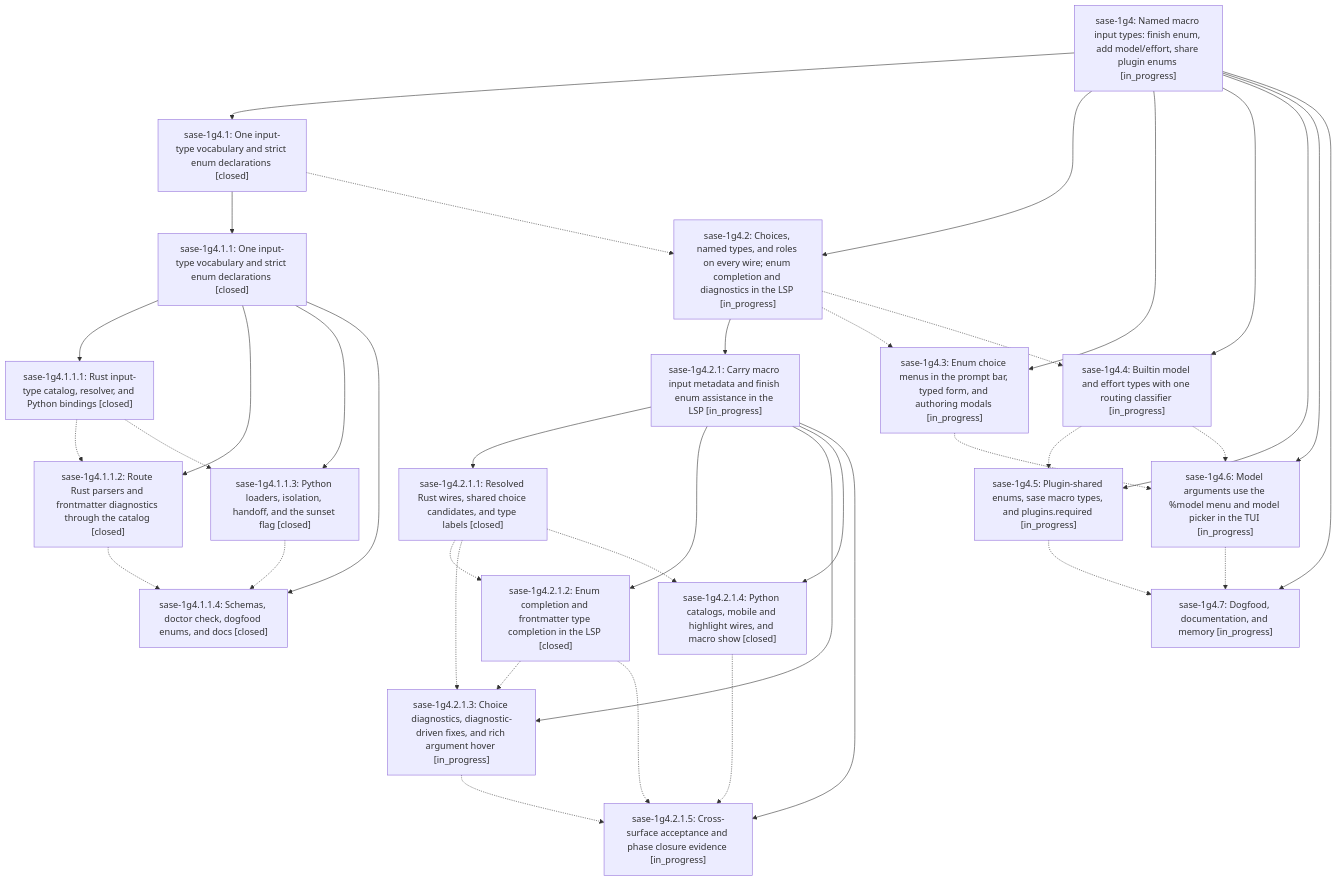
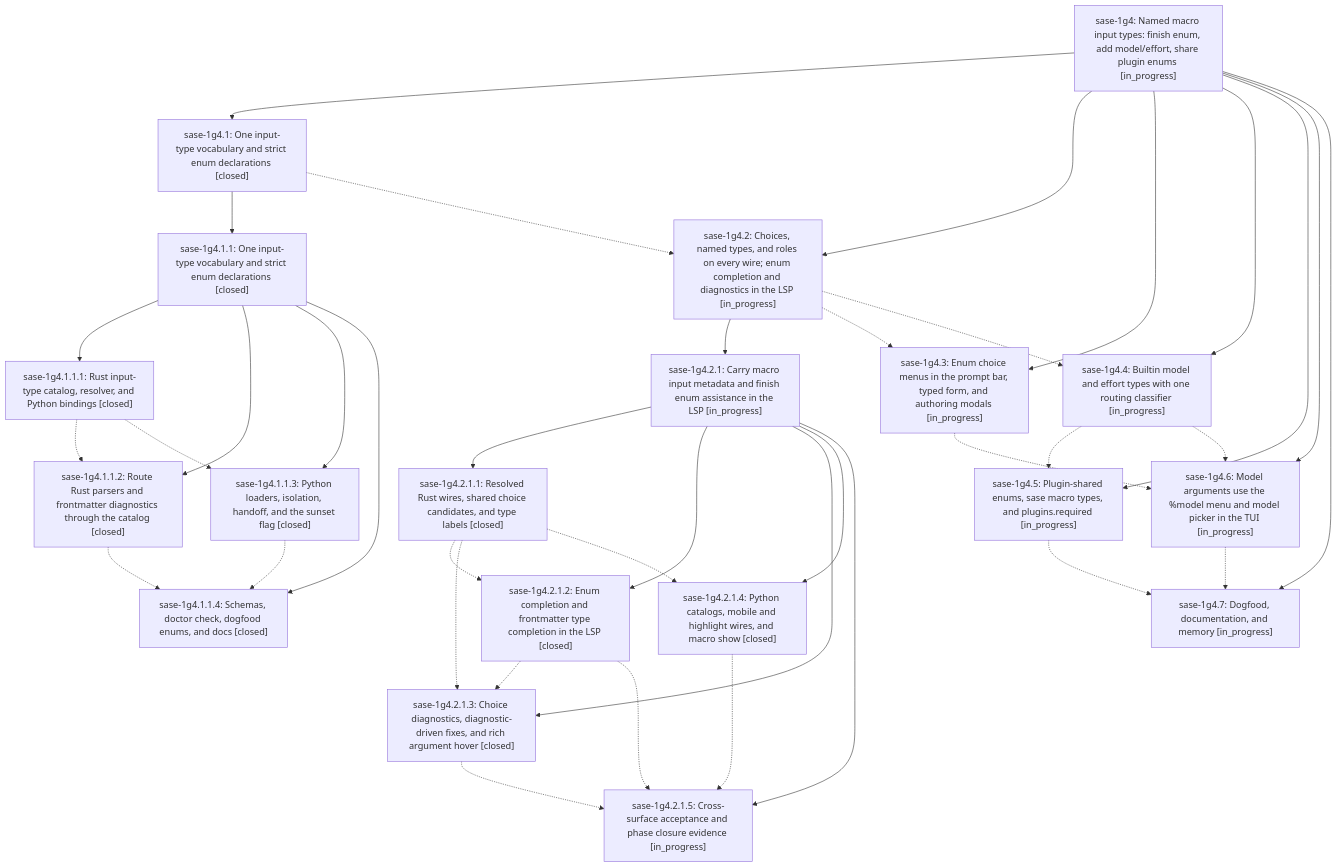
Before and after one commit to sase-org/sase--beads: the diagram in pages/sase-1g4/README.md, drawn with Mermaid. The commit also changed other lines of this file and 4 other files, not shown here.

````diff
--- a/pages/sase-1g4/README.md
+++ b/pages/sase-1g4/README.md
@@ -40,59 +40,59 @@
 ```mermaid
 flowchart TD
     n0["sase-1g4: Named macro input types: finish enum, add model/effort, share plugin enums [in_progress]"]
     n1["sase-1g4.1: One input-type vocabulary and strict enum declarations [closed]"]
     n2["sase-1g4.1.1: One input-type vocabulary and strict enum declarations [closed]"]
     n3["sase-1g4.1.1.1: Rust input-type catalog, resolver, and Python bindings [closed]"]
     n4["sase-1g4.1.1.2: Route Rust parsers and frontmatter diagnostics through the catalog [closed]"]
     n5["sase-1g4.1.1.3: Python loaders, isolation, handoff, and the sunset flag [closed]"]
     n6["sase-1g4.1.1.4: Schemas, doctor check, dogfood enums, and docs [closed]"]
     n7["sase-1g4.2: Choices, named types, and roles on every wire; enum completion and diagnostics in the LSP [in_progress]"]
     n8["sase-1g4.2.1: Carry macro input metadata and finish enum assistance in the LSP [in_progress]"]
     n9["sase-1g4.2.1.1: Resolved Rust wires, shared choice candidates, and type labels [closed]"]
     n10["sase-1g4.2.1.2: Enum completion and frontmatter type completion in the LSP [closed]"]
-    n11["sase-1g4.2.1.3: Choice diagnostics, diagnostic-driven fixes, and rich argument hover [in_progress]"]
+    n11["sase-1g4.2.1.3: Choice diagnostics, diagnostic-driven fixes, and rich argument hover [closed]"]
     n12["sase-1g4.2.1.4: Python catalogs, mobile and highlight wires, and macro show [closed]"]
     n13["sase-1g4.2.1.5: Cross-surface acceptance and phase closure evidence [in_progress]"]
     n14["sase-1g4.3: Enum choice menus in the prompt bar, typed form, and authoring modals [in_progress]"]
     n15["sase-1g4.4: Builtin model and effort types with one routing classifier [in_progress]"]
     n16["sase-1g4.5: Plugin-shared enums, sase macro types, and plugins.required [in_progress]"]
     n17["sase-1g4.6: Model arguments use the %model menu and model picker in the TUI [in_progress]"]
     n18["sase-1g4.7: Dogfood, documentation, and memory [in_progress]"]
     n0 --> n1
     n1 --> n2
     n2 --> n3
     n2 --> n4
     n2 --> n5
     n2 --> n6
     n0 --> n7
     n7 --> n8
     n8 --> n9
     n8 --> n10
     n8 --> n11
     n8 --> n12
     n8 --> n13
     n0 --> n14
     n0 --> n15
     n0 --> n16
     n0 --> n17
     n0 --> n18
     n1 -.-> n7
     n3 -.-> n4
     n3 -.-> n5
     n4 -.-> n6
     n5 -.-> n6
     n7 -.-> n14
     n7 -.-> n15
     n9 -.-> n10
     n9 -.-> n11
     n9 -.-> n12
     n10 -.-> n11
     n10 -.-> n13
     n11 -.-> n13
     n12 -.-> n13
     n14 -.-> n17
     n15 -.-> n16
     n15 -.-> n17
     n16 -.-> n18
     n17 -.-> n18
 ```
````
